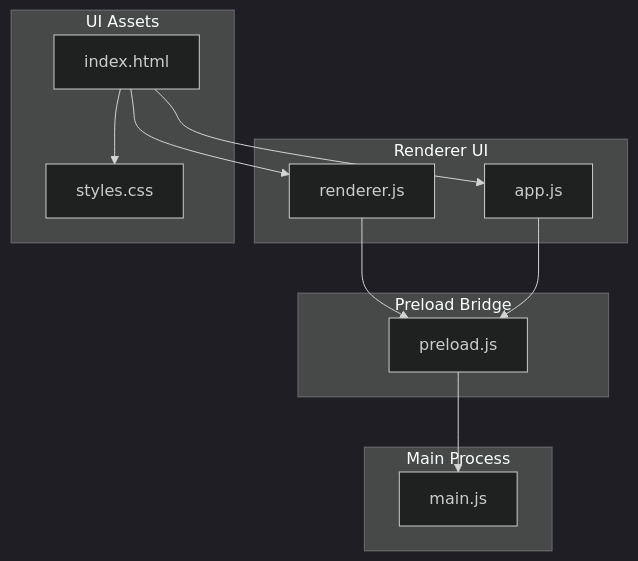
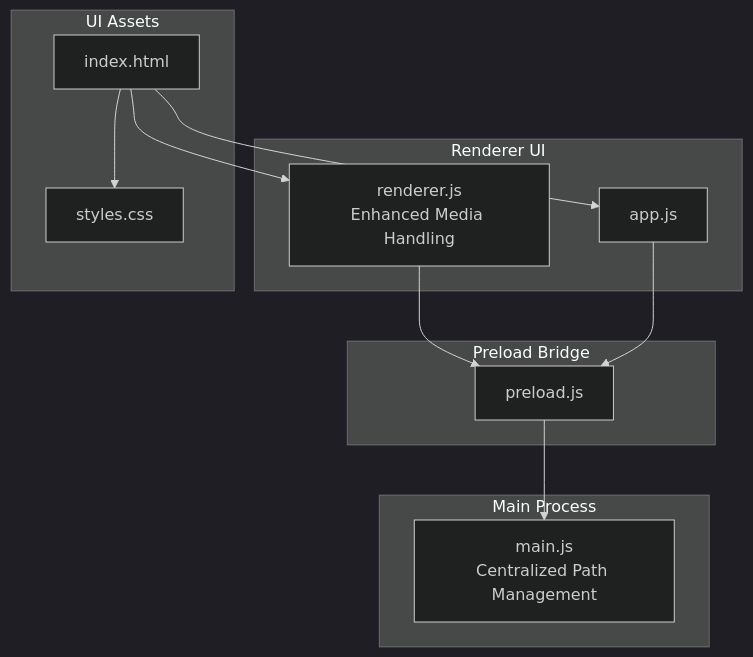
Before and after one commit to Annguyen0410/Personal-Messenger-Like-Storage-: the first of 4 diagrams in .qoder/repowiki/en/content/File Management System.md, drawn with Mermaid (dark theme). The commit also changed other lines of this file and 19 other files, not shown here.

````diff
--- a/.qoder/repowiki/en/content/File Management System.md
+++ b/.qoder/repowiki/en/content/File Management System.md
@@ -35,23 +44,23 @@
 ```mermaid
 graph TB
 subgraph "Main Process"
-M["main.js"]
+M["main.js<br/>Centralized Path Management"]
 end
 subgraph "Preload Bridge"
 P["preload.js"]
 end
 subgraph "Renderer UI"
-R["renderer.js"]
+R["renderer.js<br/>Enhanced Media Handling"]
 A["app.js"]
 end
 subgraph "UI Assets"
 H["index.html"]
 S["styles.css"]
 end
 R --> P
 A --> P
 P --> M
 H --> R
 H --> A
 H --> S
 ```
````
